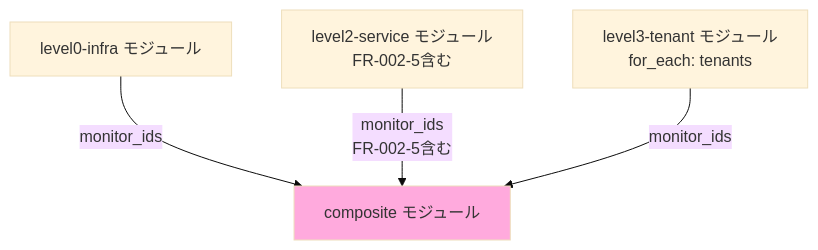
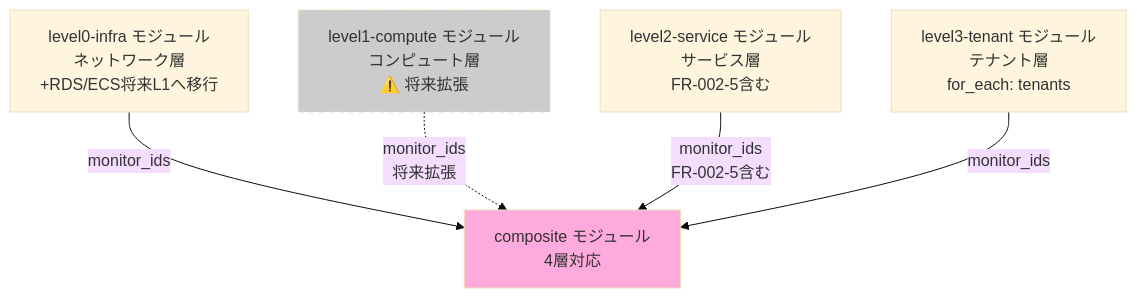
Before and after one commit to k-tanaka-522/datadog-for-AWS-terraform: the diagram in docs/04_インフラ設計/02_詳細設計/datadog/composite/01_モジュール詳細設計.md, drawn with Mermaid (base theme). The commit also changed other lines of this file and 43 other files, not shown here.

````diff
--- a/docs/04_インフラ設計/02_詳細設計/datadog/composite/01_モジュール詳細設計.md
+++ b/docs/04_インフラ設計/02_詳細設計/datadog/composite/01_モジュール詳細設計.md
@@ -345,13 +452,16 @@
 ```mermaid
 graph TD
-    L0[level0-infra モジュール]
-    L2[level2-service モジュール<br/>FR-002-5含む]
-    L3[level3-tenant モジュール<br/>for_each: tenants]
-    Comp[composite モジュール]
+    L0[level0-infra モジュール<br/>ネットワーク層<br/>+RDS/ECS将来L1へ移行]
+    L1[level1-compute モジュール<br/>コンピュート層<br/>⚠️ 将来拡張]
+    L2[level2-service モジュール<br/>サービス層<br/>FR-002-5含む]
+    L3[level3-tenant モジュール<br/>テナント層<br/>for_each: tenants]
+    Comp[composite モジュール<br/>4層対応]
 
     L0 -->|monitor_ids| Comp
+    L1 -.->|monitor_ids<br/>将来拡張| Comp
     L2 -->|monitor_ids<br/>FR-002-5含む| Comp
     L3 -->|monitor_ids| Comp
 
     style Comp fill:#ffaadd
+    style L1 fill:#cccccc,stroke-dasharray: 5 5
 ```
````
